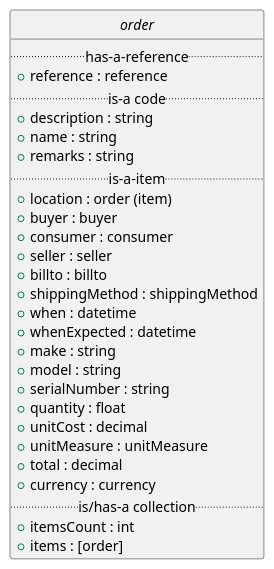
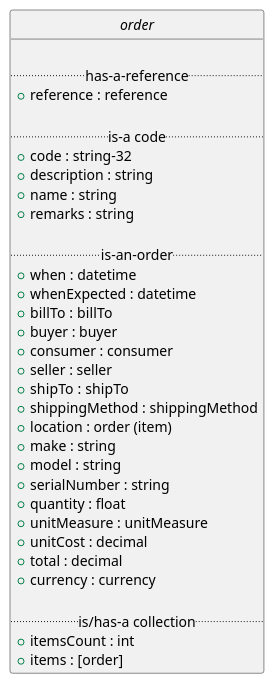
Before and after one commit to EciStg/order-placement: the second of 2 diagrams in order/order.org, drawn with PlantUML. The commit also changed other lines of this file and 4 other files, not shown here.

```diff
--- a/order/order.org
+++ b/order/order.org
@@ -53,34 +53,40 @@
 #+BEGIN_SRC plantuml :file ../images/order-class-diagram.puml.png :exports results
   @startuml
   hide circle
 
   interface order {
+
   .. has-a-reference ..
   {field} + reference : reference
+
   .. is-a code ..
+  {field} + code : string-32
   {field} + description : string
   {field} + name : string
   {field} + remarks : string
-  .. is-a-item ..
-  {field} + location : order (item)
+
+  .. is-an-order ..
+  {field} + when : datetime
+  {field} + whenExpected : datetime
+  {field} + billTo : billTo
   {field} + buyer : buyer
   {field} + consumer : consumer
   {field} + seller : seller
-  {field} + billto : billto
+  {field} + shipTo : shipTo
   {field} + shippingMethod : shippingMethod
-  {field} + when : datetime
-  {field} + whenExpected : datetime
+  {field} + location : order (item)
   {field} + make : string
   {field} + model : string
   {field} + serialNumber : string
   {field} + quantity : float
+  {field} + unitMeasure : unitMeasure
   {field} + unitCost : decimal
-  {field} + unitMeasure : unitMeasure
   {field} + total : decimal
   {field} + currency : currency
+
   .. is/has-a collection ..
   {field} + itemsCount : int
   {field} + items : [order]
   }
   @enduml
 #+END_SRC
```
